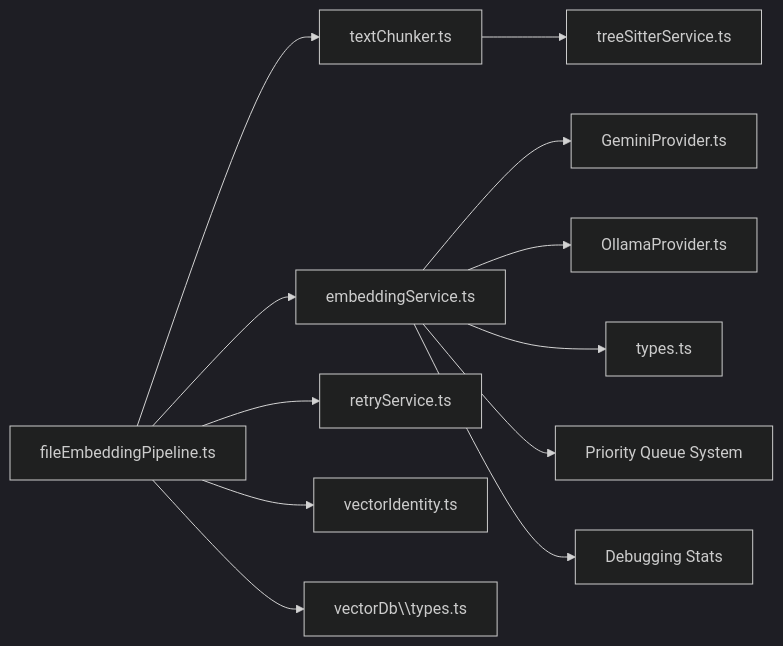
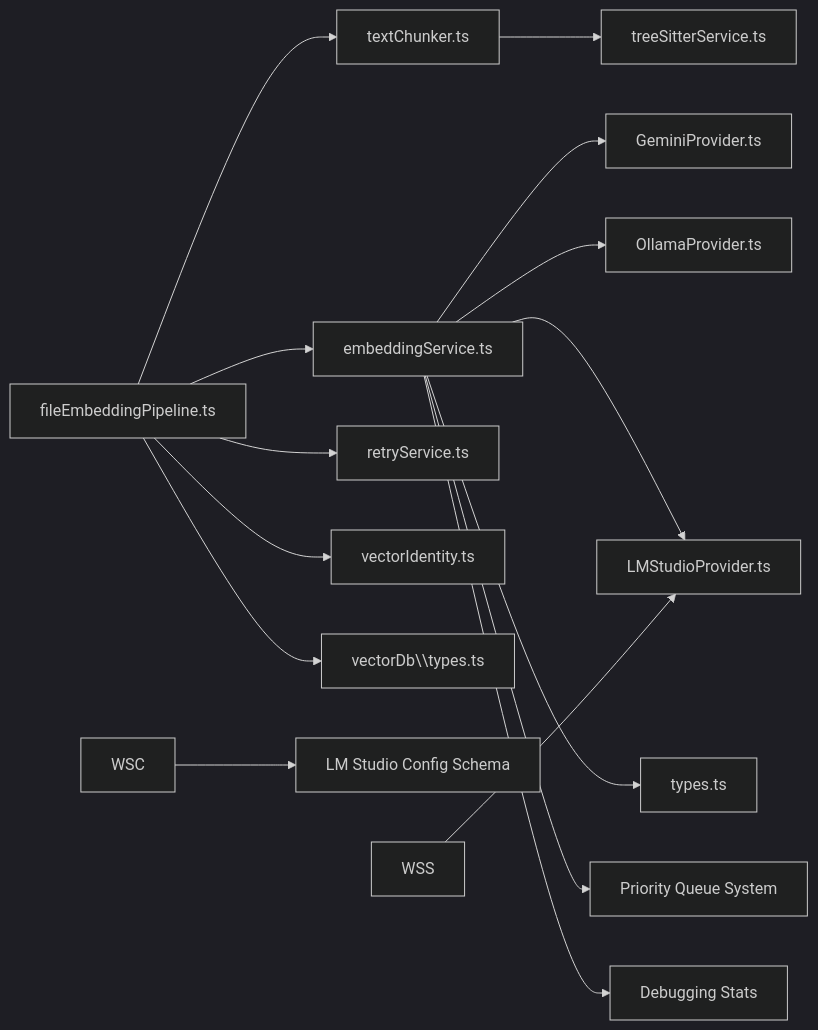
The ninth of 9 diagrams in .qoder/repowiki/en/content/Indexing and Search System/File Embedding Pipeline.md (bramburn/repomix-runner), drawn with Mermaid (dark theme) before and after one commit. The commit also changed other lines of this file and 19 other files, not shown here.

````diff
--- a/.qoder/repowiki/en/content/Indexing and Search System/File Embedding Pipeline.md
+++ b/.qoder/repowiki/en/content/Indexing and Search System/File Embedding Pipeline.md
@@ -471,14 +580,17 @@
 ```mermaid
 graph LR
 FEP["fileEmbeddingPipeline.ts"] --> TC["textChunker.ts"]
 FEP --> ES["embeddingService.ts"]
 FEP --> RS["retryService.ts"]
 FEP --> VID["vectorIdentity.ts"]
 FEP --> VDT["vectorDb\\types.ts"]
 TC --> TS["treeSitterService.ts"]
 ES --> GP["GeminiProvider.ts"]
 ES --> OP["OllamaProvider.ts"]
+ES --> LP["LMStudioProvider.ts"]
 ES --> ET["types.ts"]
 ES --> ESQ["Priority Queue System"]
 ES --> ESD["Debugging Stats"]
+WSC --> LMS["LM Studio Config Schema"]
+WSS --> LP
 ```
````
